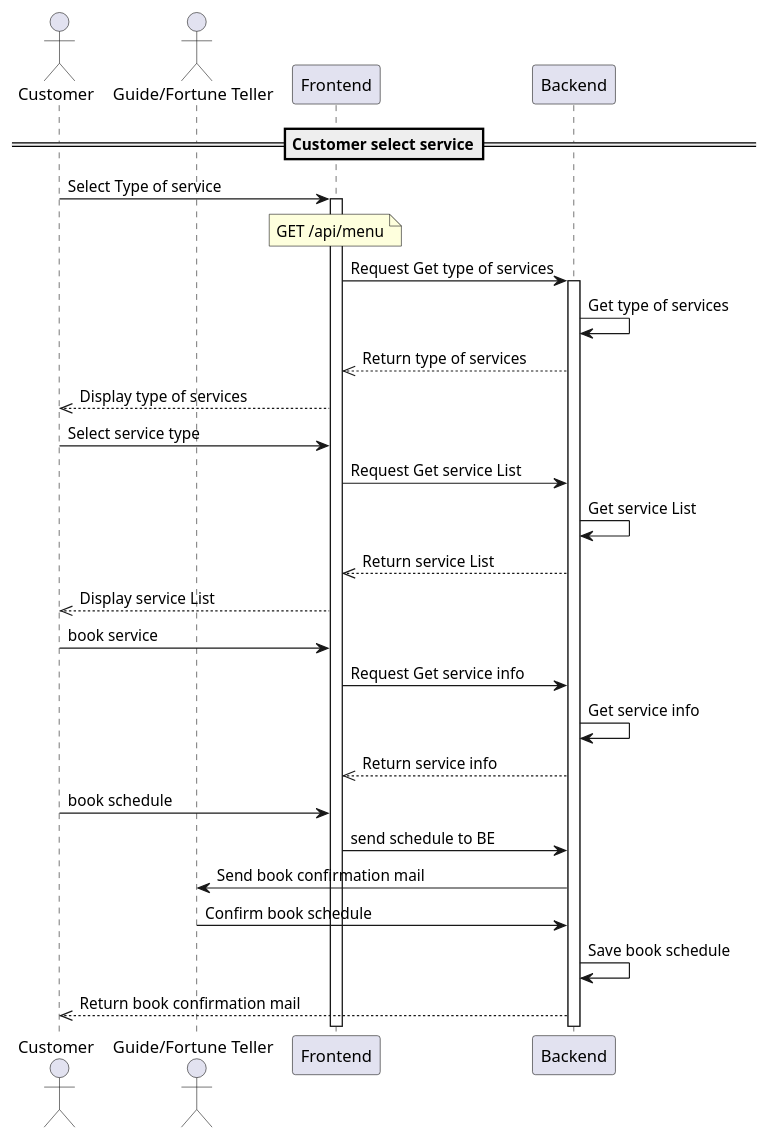
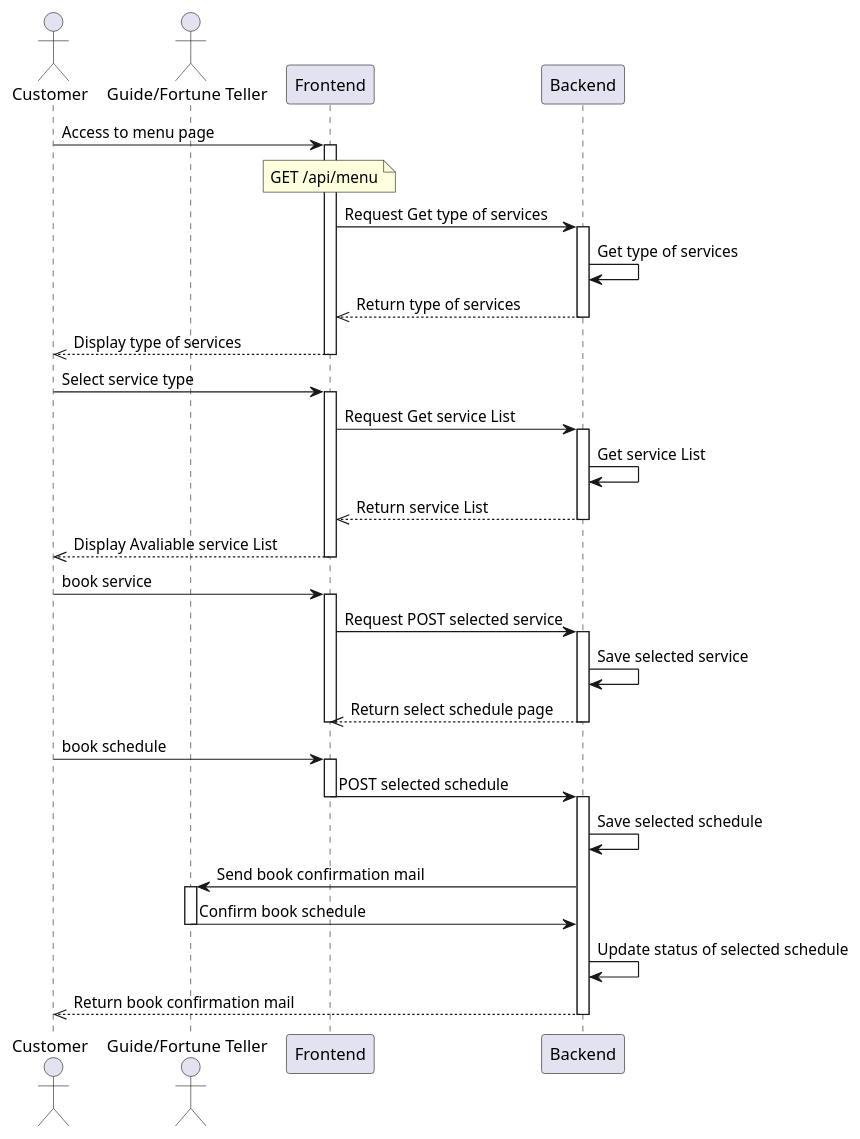
The third of 7 diagrams in Sequence-diagram.plantuml (Nxwbtk/SA-Diagram), drawn with PlantUML before and after one commit. The commit also changed other lines of this file and 2 other files, not shown here.

```diff
--- a/Sequence-diagram.plantuml
+++ b/Sequence-diagram.plantuml
@@ -46,30 +56,46 @@
 @startuml
-==Customer select service==
 actor Customer
 actor "Guide/Fortune Teller" as GF
 participant "Frontend" as FE
 participant "Backend" as BE
-Customer -> FE: Select Type of service
+Customer -> FE: Access to menu page
 activate FE
 note over FE: GET /api/menu
 FE -> BE: Request Get type of services
 activate BE
 BE -> BE: Get type of services
 BE -->> FE: Return type of services
+deactivate BE
 FE -->> Customer: Display type of services
+deactivate FE
 Customer -> FE: Select service type
+activate FE
 FE -> BE: Request Get service List
+activate BE
 BE -> BE: Get service List
 BE -->> FE: Return service List
-FE -->> Customer: Display service List
+deactivate BE
+FE -->> Customer: Display Avaliable service List
+deactivate FE
 Customer -> FE: book service
-FE -> BE: Request Get service info
-BE -> BE: Get service info
-BE -->> FE: Return service info
+activate FE
+FE -> BE: Request POST selected service
+activate BE
+BE -> BE: Save selected service
+BE -->> FE: Return select schedule page
+deactivate BE
+deactivate FE
 Customer -> FE: book schedule
-FE -> BE: send schedule to BE
+activate FE
+FE -> BE: POST selected schedule
+deactivate FE
+activate BE
+BE -> BE: Save selected schedule
 BE -> GF: Send book confirmation mail
+activate GF
 GF -> BE: Confirm book schedule
-BE -> BE: Save book schedule
+deactivate GF
+BE -> BE: Update status of selected schedule
 BE -->> Customer: Return book confirmation mail
+deactivate BE
 @enduml
```
